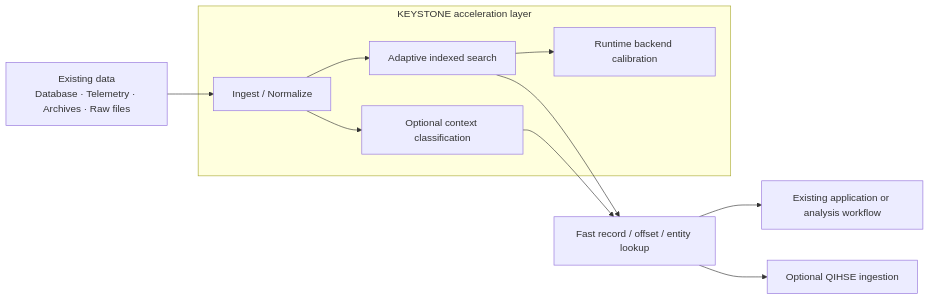
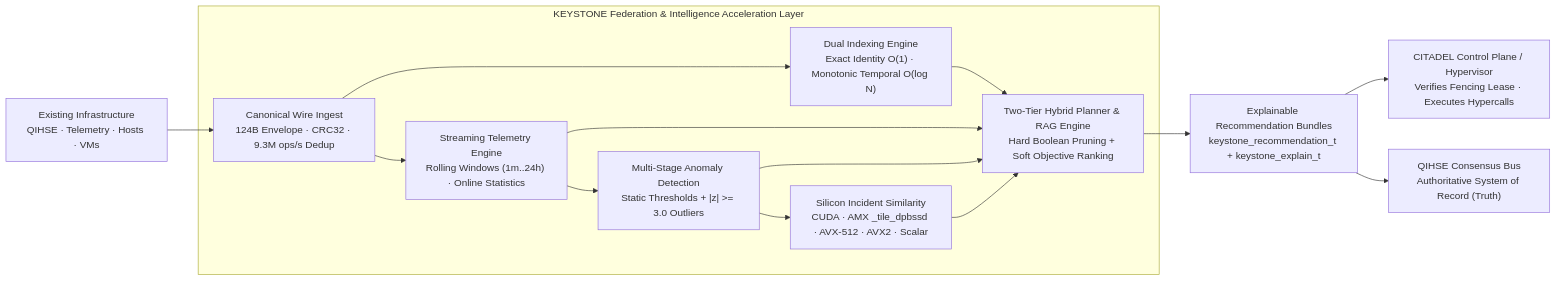
Before and after one commit to SWORDIntel/KEYSTONE: the diagram in README.md, drawn with Mermaid. The commit also changed other lines of this file and 19 other files, not shown here.

````diff
--- a/README.md
+++ b/README.md
@@ -73,15 +73,16 @@
 ```mermaid
 flowchart LR
-    A["Existing data\nDatabase · Telemetry · Archives · Raw files"] --> I
+    A["Existing Infrastructure\nQIHSE · Telemetry · Hosts · VMs"] --> I
 
-    subgraph KS["KEYSTONE acceleration layer"]
-        I["Ingest / Normalize"] --> S["Adaptive indexed search"]
-        S --> C["Runtime backend calibration"]
-        I --> M["Optional context classification"]
+    subgraph KS["KEYSTONE Federation & Intelligence Acceleration Layer"]
+        I["Canonical Wire Ingest\n124B Envelope · CRC32 · 9.3M ops/s Dedup"] --> IDX["Dual Indexing Engine\nExact Identity O(1) · Monotonic Temporal O(log N)"]
+        I --> TEL["Streaming Telemetry Engine\nRolling Windows (1m..24h) · Online Statistics"]
+        TEL --> ANOM["Multi-Stage Anomaly Detection\nStatic Thresholds + |z| >= 3.0 Outliers"]
+        ANOM --> VEC["Silicon Incident Similarity\nCUDA · AMX _tile_dpbssd · AVX-512 · AVX2 · Scalar"]
+        IDX & TEL & ANOM & VEC --> PLAN["Two-Tier Hybrid Planner & RAG Engine\nHard Boolean Pruning + Soft Objective Ranking"]
     end
 
-    S --> R["Fast record / offset / entity lookup"]
-    M --> R
-    R --> X["Existing application or analysis workflow"]
-    R --> Q["Optional QIHSE ingestion"]
+    PLAN --> REC["Explainable Recommendation Bundles\nkeystone_recommendation_t + keystone_explain_t"]
+    REC --> CITADEL["CITADEL Control Plane / Hypervisor\nVerifies Fencing Lease · Executes Hypercalls"]
+    REC --> QIHSE["QIHSE Consensus Bus\nAuthoritative System of Record (Truth)"]
 ```
````
